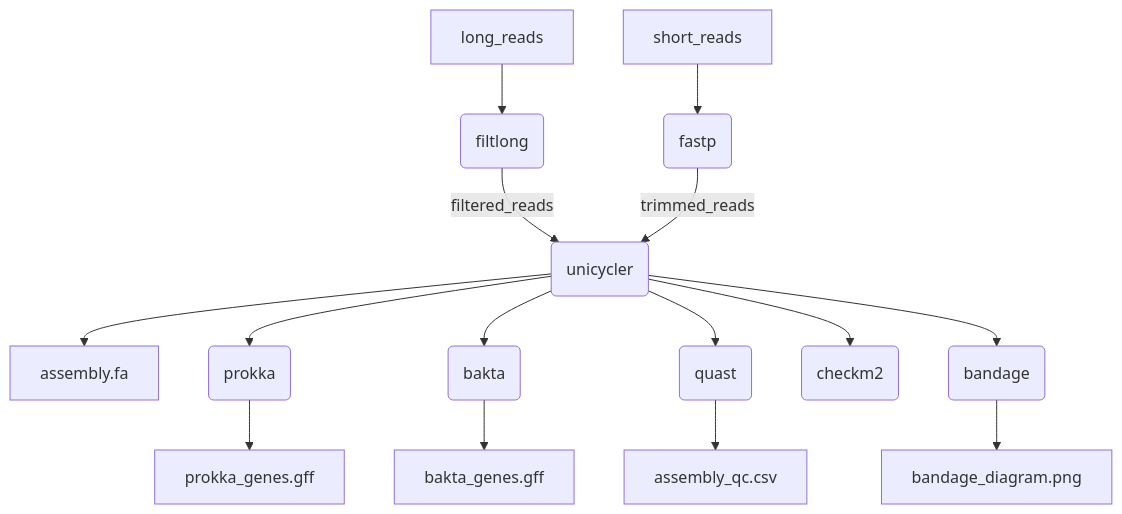
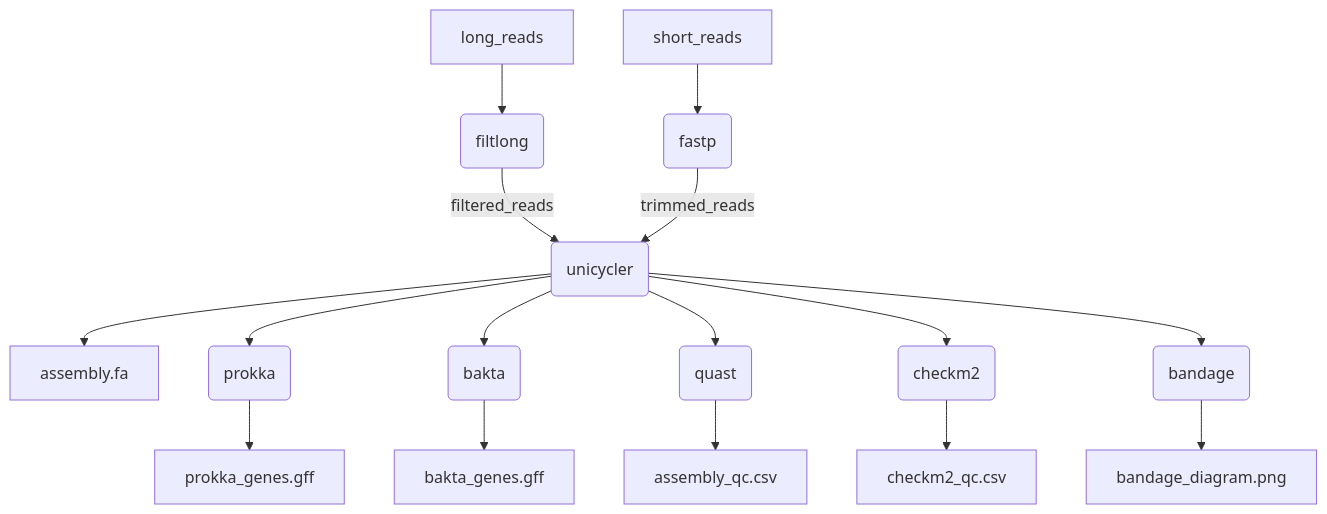
One commit to BCCDC-PHL/routine-assembly changed the diagram in README.md. Above: the diagram before and after it, drawn with Mermaid. The commit also changed other lines of this file and 2 other files, not shown here.

Commit message:
Output csv from checkm for consistency with other QC outputs

````diff
--- a/README.md
+++ b/README.md
@@ -14,17 +14,18 @@
 ```mermaid
 flowchart TD
   short_reads --> fastp(fastp)
   long_reads --> filtlong(filtlong)
   filtlong -- filtered_reads --> unicycler(unicycler)
   fastp -- trimmed_reads --> unicycler
   unicycler --> assembly["assembly.fa"]
   unicycler --> prokka(prokka)
   prokka --> prokka_genes["prokka_genes.gff"]
   unicycler --> bakta(bakta)
   bakta --> bakta_genes["bakta_genes.gff"]
   unicycler --> quast(quast)
   unicycler --> checkm2(checkm2)
+  checkm2 --> checkm2_qc["checkm2_qc.csv"]
   unicycler --> bandage(bandage)
   bandage --> bandage_diagram["bandage_diagram.png"]
   quast --> assembly_qc["assembly_qc.csv"]
 ```
````
